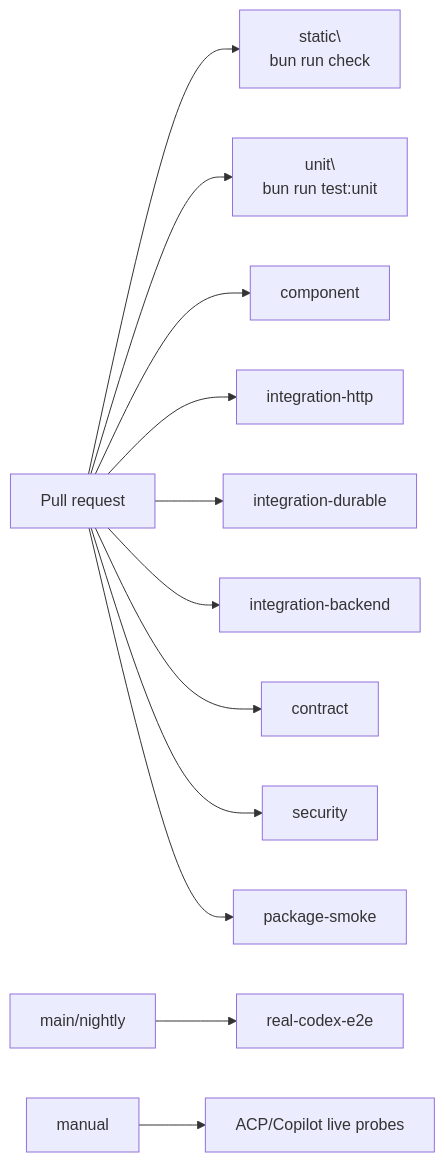
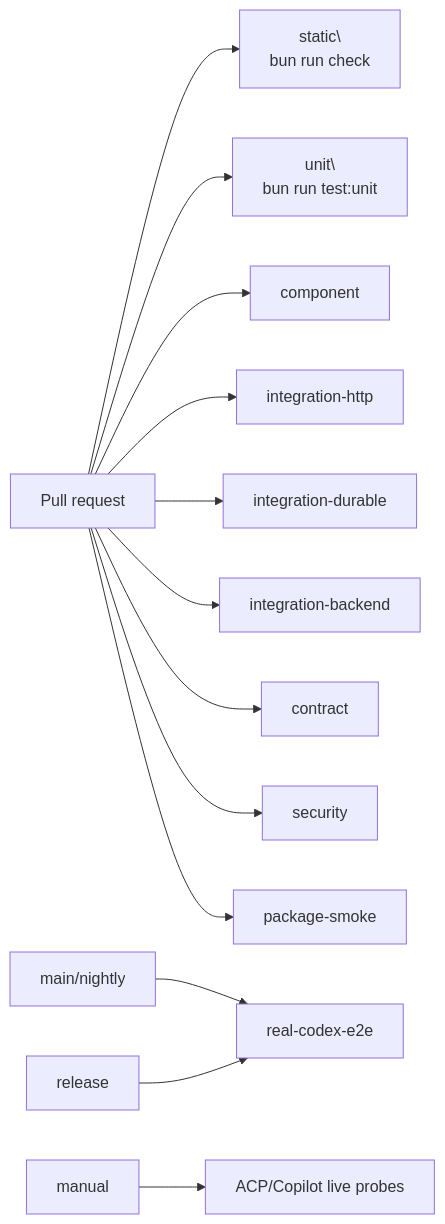
Before and after one commit to LaChimere/volare: the second of 2 diagrams in plans/testing-architecture/arch.md, drawn with Mermaid. The commit also changed other lines of this file and 3 other files, not shown here.

Commit message:
ci: run Codex E2E before release publish

````diff
--- a/plans/testing-architecture/arch.md
+++ b/plans/testing-architecture/arch.md
@@ -342,14 +342,15 @@
 ```mermaid
 graph LR
   PR[Pull request] --> Static[static\\nbun run check]
   PR --> Unit[unit\\nbun run test:unit]
   PR --> Component[component]
   PR --> HTTPIT[integration-http]
   PR --> Durable[integration-durable]
   PR --> BackendIT[integration-backend]
   PR --> Contract[contract]
   PR --> Security[security]
   PR --> Package[package-smoke]
   Main[main/nightly] --> RealCodex[real-codex-e2e]
+  Release[release] --> RealCodex
   Manual[manual] --> Live[ACP/Copilot live probes]
 ```
````
